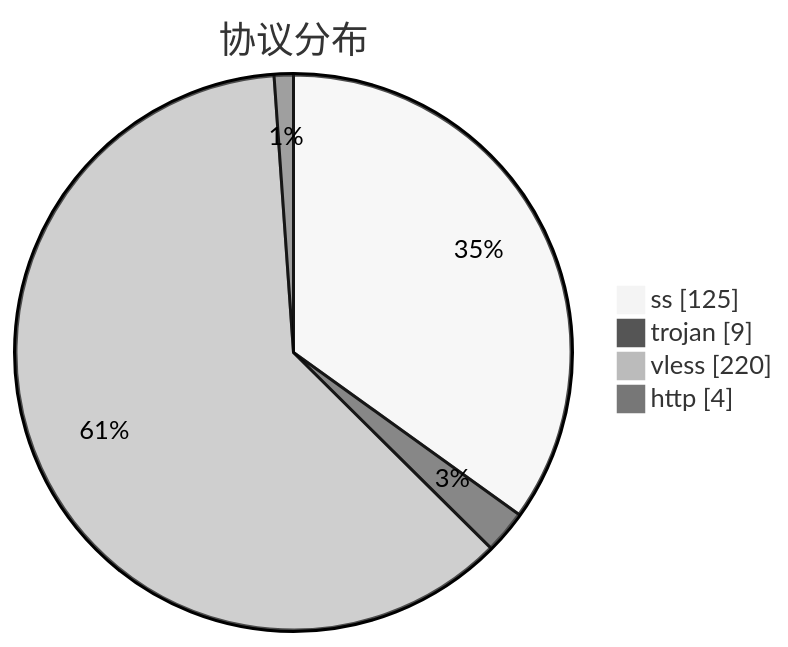
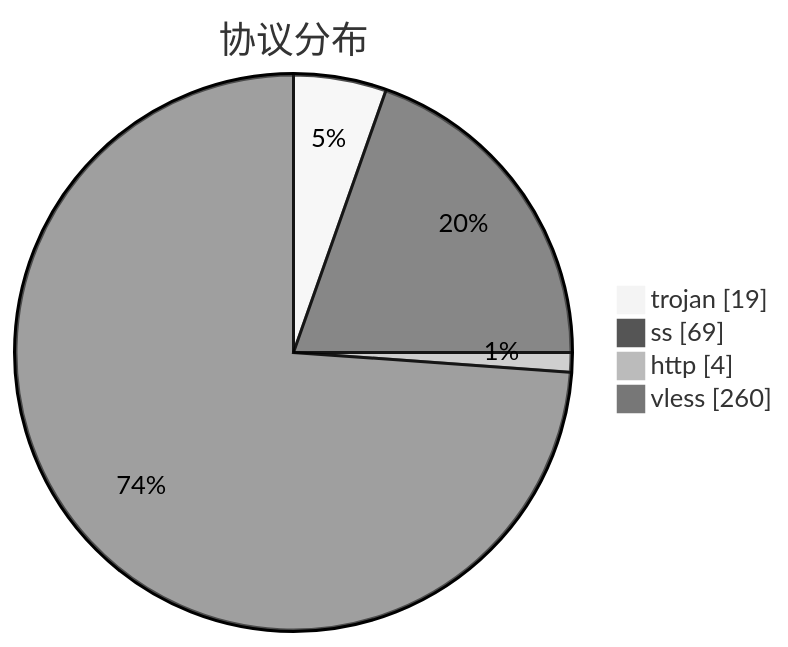
Before and after one commit to qjlxg/airport: the third of 3 diagrams in subs/statistics/tested_within.md, drawn with Mermaid (neutral theme). The commit also changed other lines of this file and 2 other files, not shown here.

````diff
--- a/subs/statistics/tested_within.md
+++ b/subs/statistics/tested_within.md
@@ -18,8 +19,8 @@
 ```mermaid
 pie showData
 title 协议分布
-"ss" : 125
-"trojan" : 9
-"vless" : 220
+"trojan" : 19
+"ss" : 69
 "http" : 4
+"vless" : 260
 ```
````
